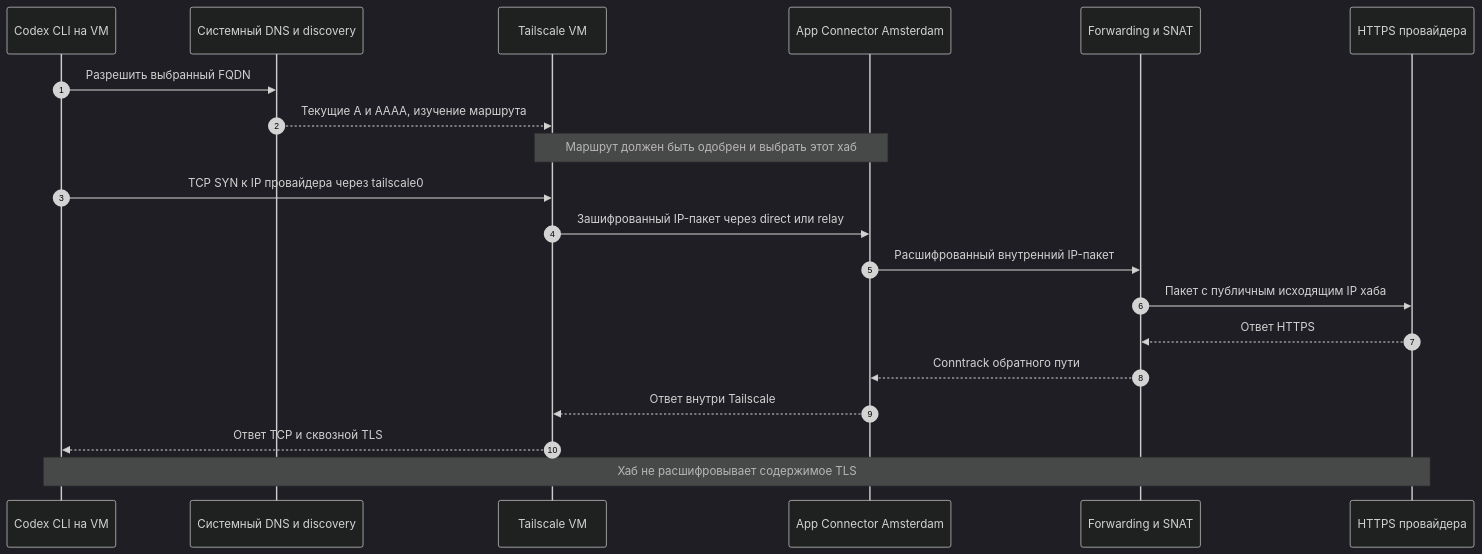
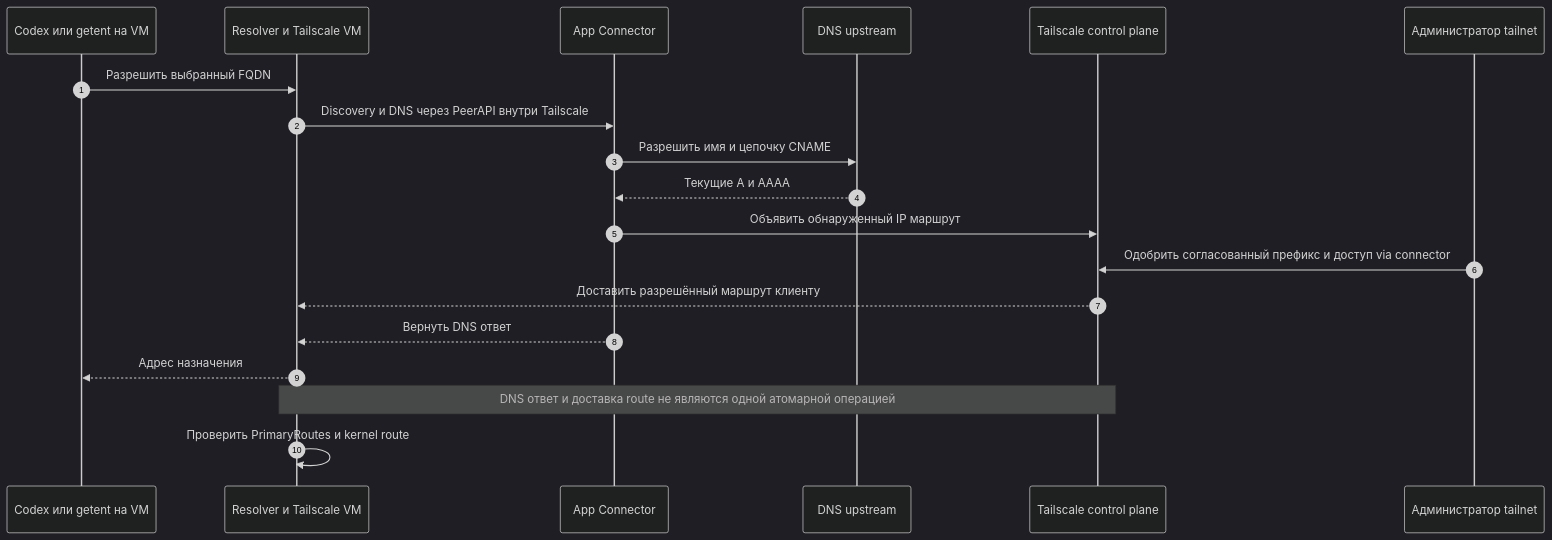
One commit to djd1m/tailscale-codex-bootstrap changed the first of 6 diagrams in docs/PACKET-FLOW.md. Above: the diagram before and after it, drawn with Mermaid (dark theme). The commit also changed other lines of this file and 10 other files, not shown here.

Commit message:
docs: схемы egress, временный доступ и отзыв OAuth

````diff
--- a/docs/PACKET-FLOW.md
+++ b/docs/PACKET-FLOW.md
@@ -5,22 +40,21 @@
 ```mermaid
 sequenceDiagram
     autonumber
-    participant C as Codex CLI на VM
-    participant D as Системный DNS и discovery
-    participant W as Tailscale VM
-    participant H as App Connector Amsterdam
-    participant N as Forwarding и SNAT
-    participant P as HTTPS провайдера
+    participant C as Codex или getent на VM
+    participant D as Resolver и Tailscale VM
+    participant A as App Connector
+    participant U as DNS upstream
+    participant T as Tailscale control plane
+    participant O as Администратор tailnet
     C->>D: Разрешить выбранный FQDN
-    D-->>W: Текущие A и AAAA, изучение маршрута
-    Note over W,H: Маршрут должен быть одобрен и выбрать этот хаб
-    C->>W: TCP SYN к IP провайдера через tailscale0
-    W->>H: Зашифрованный IP-пакет через direct или relay
-    H->>N: Расшифрованный внутренний IP-пакет
-    N->>P: Пакет с публичным исходящим IP хаба
-    P-->>N: Ответ HTTPS
-    N-->>H: Conntrack обратного пути
-    H-->>W: Ответ внутри Tailscale
-    W-->>C: Ответ TCP и сквозной TLS
-    Note over C,P: Хаб не расшифровывает содержимое TLS
+    D->>A: Discovery и DNS через PeerAPI внутри Tailscale
+    A->>U: Разрешить имя и цепочку CNAME
+    U-->>A: Текущие A и AAAA
+    A->>T: Объявить обнаруженный IP маршрут
+    O->>T: Одобрить согласованный префикс и доступ via connector
+    T-->>D: Доставить разрешённый маршрут клиенту
+    A-->>D: Вернуть DNS ответ
+    D-->>C: Адрес назначения
+    Note over D,T: DNS ответ и доставка route не являются одной атомарной операцией
+    D->>D: Проверить PrimaryRoutes и kernel route
 ```
````
